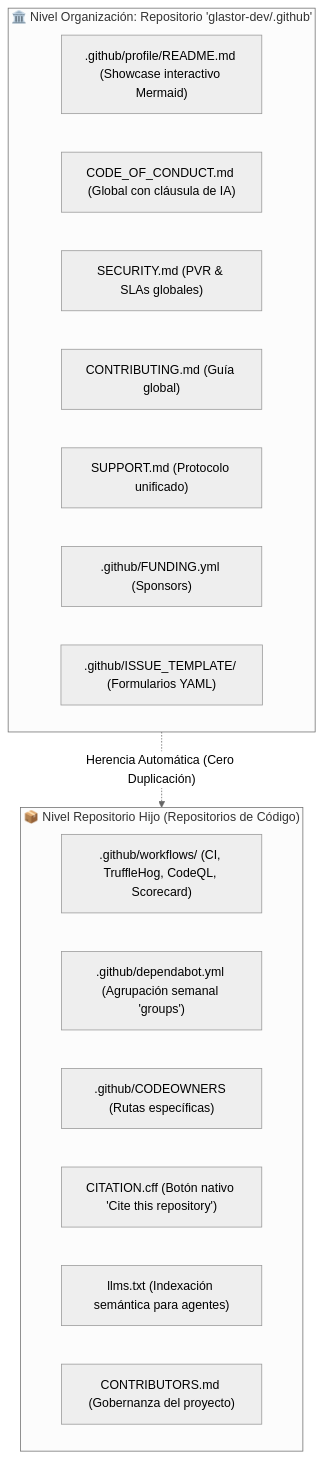
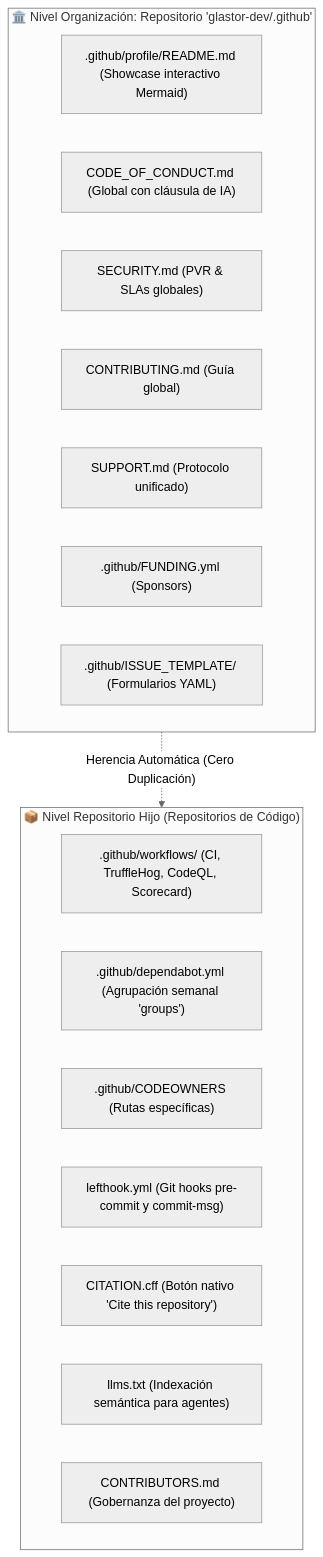
The diagram in README.md (glastor-dev/samurai), drawn with Mermaid (neutral theme) before and after one commit. The commit also changed other lines of this file and 16 other files, not shown here.

Commit message:
feat: implement doctor audit, multi-stack detection, lefthook hooks, and i18n wizard

````diff
--- a/README.md
+++ b/README.md
@@ -21,23 +22,24 @@
 ```mermaid
 flowchart TB
     subgraph Org["🏛️ Nivel Organización: Repositorio 'glastor-dev/.github'"]
         OrgReadme[".github/profile/README.md (Showcase interactivo Mermaid)"]
         OrgCoC["CODE_OF_CONDUCT.md (Global con cláusula de IA)"]
         OrgSec["SECURITY.md (PVR & SLAs globales)"]
         OrgContrib["CONTRIBUTING.md (Guía global)"]
         OrgSupport["SUPPORT.md (Protocolo unificado)"]
         OrgFunding[".github/FUNDING.yml (Sponsors)"]
         OrgIssues[".github/ISSUE_TEMPLATE/ (Formularios YAML)"]
     end
 
     subgraph Repos["📦 Nivel Repositorio Hijo (Repositorios de Código)"]
         Pipelines[".github/workflows/ (CI, TruffleHog, CodeQL, Scorecard)"]
         Deps[".github/dependabot.yml (Agrupación semanal 'groups')"]
         Owners[".github/CODEOWNERS (Rutas específicas)"]
+        Hooks["lefthook.yml (Git hooks pre-commit y commit-msg)"]
         Cite["CITATION.cff (Botón nativo 'Cite this repository')"]
         AI["llms.txt (Indexación semántica para agentes)"]
         Contribs["CONTRIBUTORS.md (Gobernanza del proyecto)"]
     end
 
     Org -.->|"Herencia Automática (Cero Duplicación)"| Repos
 ```
````
